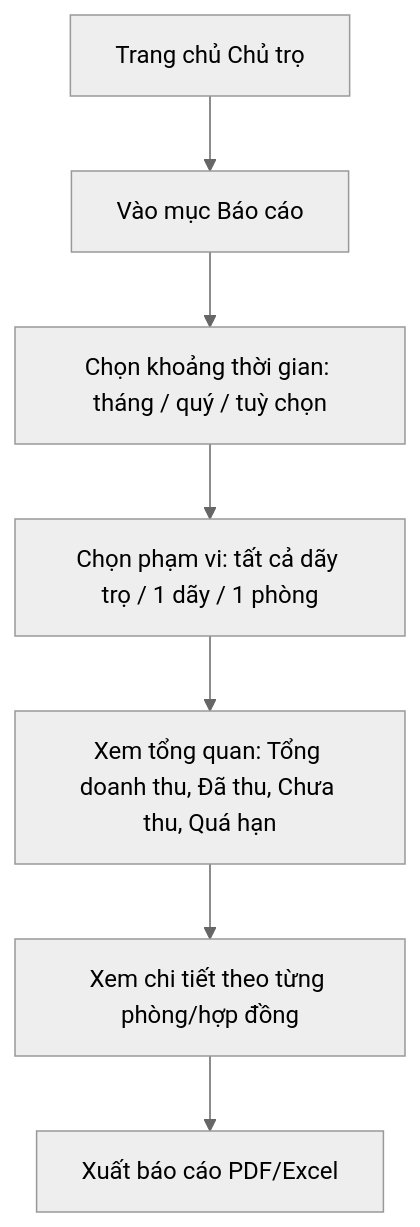
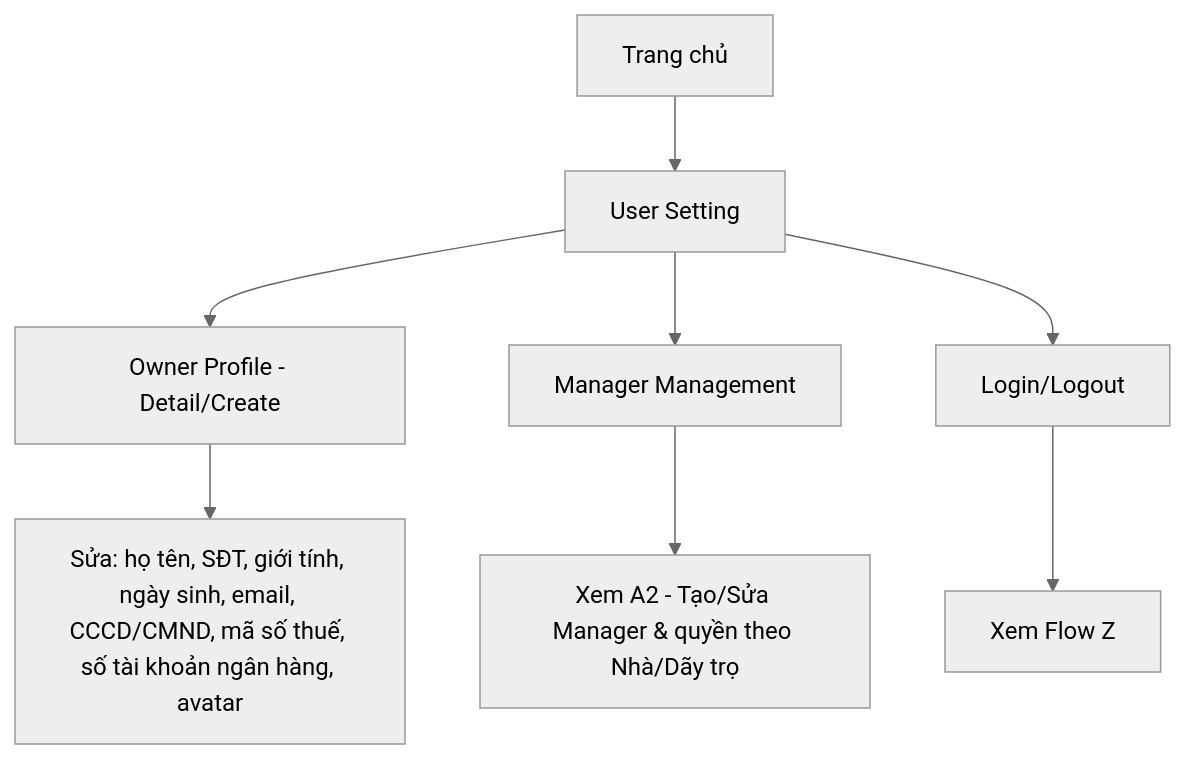
The eighth of 10 diagrams in docs/USER-FLOWS.md (townsoft-dev/biztown-rent), drawn with Mermaid (neutral theme) before and after one commit. The commit also changed other lines of this file and 3 other files, not shown here.

Commit message:
chỉnh sửa decicions.md, business-rules.md, product-overview.md, user-flows.md version 2, thu gọn phạm vi phase 1

````diff
--- a/docs/USER-FLOWS.md
+++ b/docs/USER-FLOWS.md
@@ -227,9 +176,10 @@
 ```mermaid
 flowchart TD
-    A[Trang chủ Chủ trọ] --> B[Vào mục Báo cáo]
-    B --> C[Chọn khoảng thời gian: tháng / quý / tuỳ chọn]
-    C --> D[Chọn phạm vi: tất cả dãy trọ / 1 dãy / 1 phòng]
-    D --> E[Xem tổng quan: Tổng doanh thu, Đã thu, Chưa thu, Quá hạn]
-    E --> F[Xem chi tiết theo từng phòng/hợp đồng]
-    F --> G[Xuất báo cáo PDF/Excel]
+    A[Trang chủ] --> B[User Setting]
+    B --> C[Owner Profile - Detail/Create]
+    C --> D[Sửa: họ tên, SĐT, giới tính, ngày sinh, email, CCCD/CMND, mã số thuế, số tài khoản ngân hàng, avatar]
+    B --> E[Manager Management]
+    E --> F[Xem A2 - Tạo/Sửa Manager & quyền theo Nhà/Dãy trọ]
+    B --> G[Login/Logout]
+    G --> H[Xem Flow Z]
 ```
````
